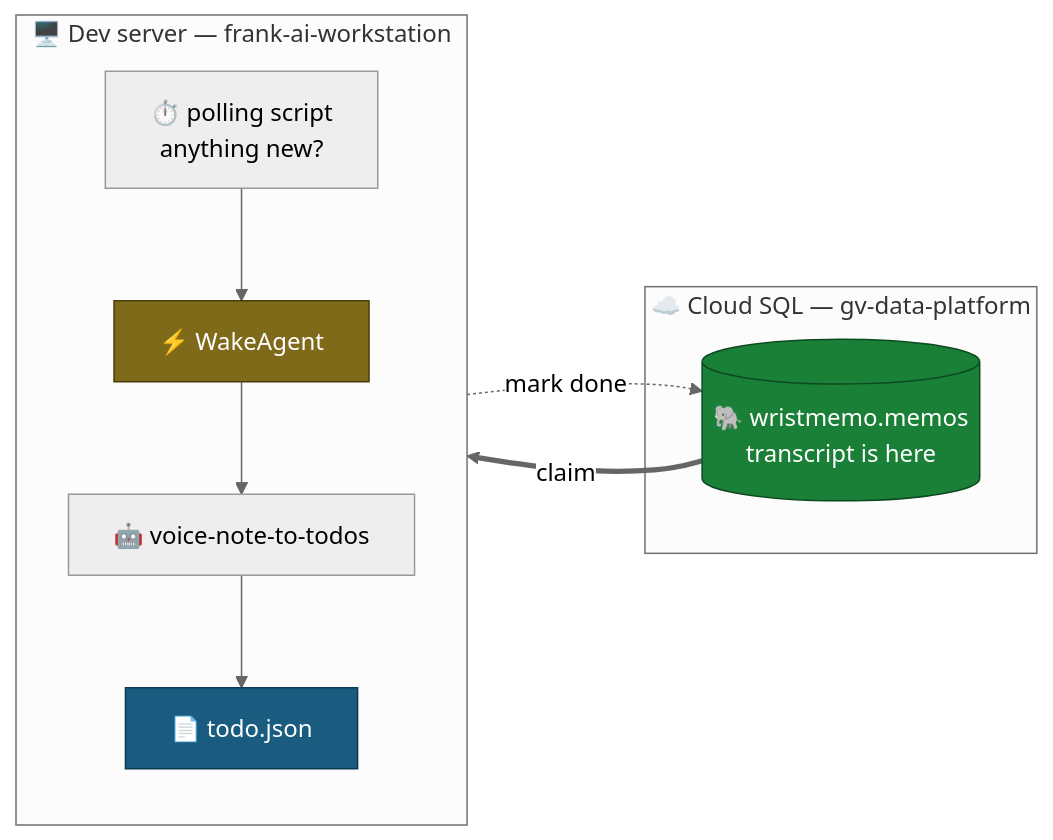
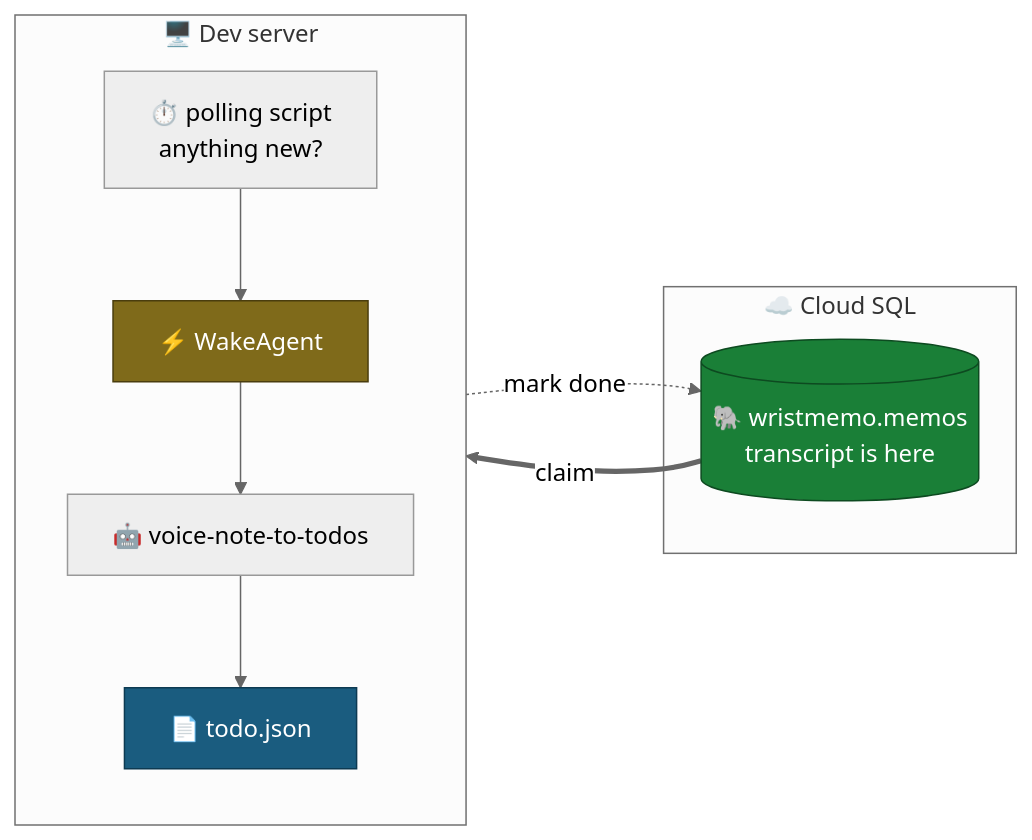
The first of 2 diagrams in 2_AGENT_ARCHITECTURE.md (FrankLong1/watch-recorder), drawn with Mermaid (neutral theme) before and after one commit. The commit also changed 14 other files, not shown here.

````diff
--- a/2_AGENT_ARCHITECTURE.md
+++ b/2_AGENT_ARCHITECTURE.md
@@ -14,23 +14,23 @@
 ```mermaid
 flowchart LR
-    subgraph CLOUD["☁️ Cloud SQL — gv-data-platform"]
+    subgraph CLOUD["☁️ Cloud SQL"]
         DB[("🐘 wristmemo.memos<br/>transcript is here")]
     end
 
-    subgraph DEVSERVER["🖥️ Dev server — frank-ai-workstation"]
+    subgraph DEVSERVER["🖥️ Dev server"]
         direction TB
         POLL["⏱️ polling script<br/>anything new?"]
         WAKE["⚡ WakeAgent"]
         AGENT["🤖 voice-note-to-todos"]
         TODO["📄 todo.json"]
 
         POLL --> WAKE --> AGENT --> TODO
     end
 
     DB ==>|"claim"| POLL
     AGENT -.->|"mark done"| DB
 
     style DB fill:#1a7f37,stroke:#0d4a20,color:#fff
     style WAKE fill:#7f6a1a,stroke:#4a3d0d,color:#fff
     style TODO fill:#1a5c7f,stroke:#0d3a52,color:#fff
 ```
````
